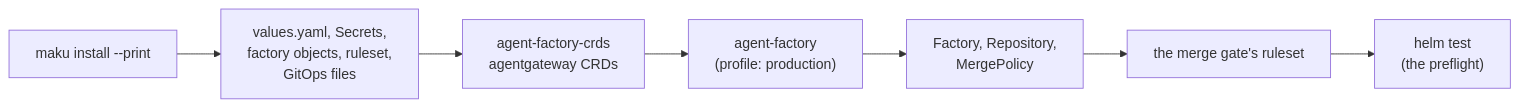
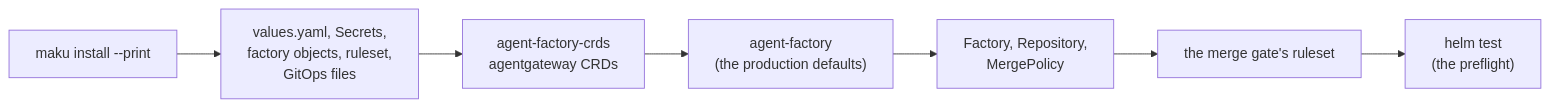
Before and after one commit to Smana/maku: the diagram in docs/install.md, drawn with Mermaid. The commit also changed other lines of this file and 80 other files, not shown here.

First line of the commit message:
feat(charts)!: v4 step 8 PR G, the chart contract: profile, networkPolicies.plain and the subcharts' crds/ removed, the preflight on by default (#577)

````diff
--- a/docs/install.md
+++ b/docs/install.md
@@ -12,9 +12,9 @@
 ```mermaid
 flowchart LR
   wizard["maku install --print"] --> files["values.yaml, Secrets,<br/>factory objects, ruleset,<br/>GitOps files"]
   files --> crds["agent-factory-crds<br/>agentgateway CRDs"]
-  crds --> umbrella["agent-factory<br/>(profile: production)"]
+  crds --> umbrella["agent-factory<br/>(the production defaults)"]
   umbrella --> objects["Factory, Repository,<br/>MergePolicy"]
   objects --> ruleset["the merge gate's ruleset"]
   ruleset --> preflight["helm test<br/>(the preflight)"]
 ```
````
